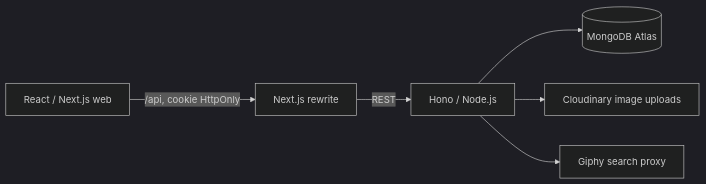
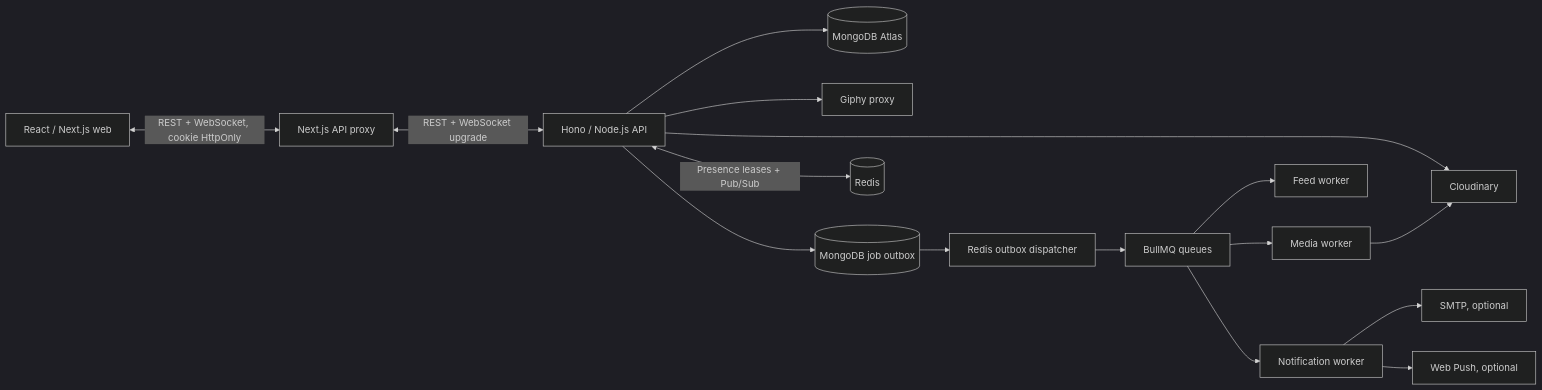
The diagram in ARCHITECTURE.md (an204-ai/tellme), drawn with Mermaid (dark theme) before and after one commit. The commit also changed other lines of this file and 609 other files, not shown here.

````diff
--- a/ARCHITECTURE.md
+++ b/ARCHITECTURE.md
@@ -5,8 +5,18 @@
 ```mermaid
 flowchart LR
-    Browser[React / Next.js web] -->|/api, cookie HttpOnly| Next[Next.js rewrite]
-    Next -->|REST| API[Hono / Node.js]
+    Browser[React / Next.js web] <-->|REST + WebSocket, cookie HttpOnly| Next[Next.js API proxy]
+    Next <-->|REST + WebSocket upgrade| API[Hono / Node.js API]
     API --> Mongo[(MongoDB Atlas)]
-    API --> Cloudinary[Cloudinary image uploads]
-    API --> Giphy[Giphy search proxy]
+    API --> Cloudinary[Cloudinary]
+    API --> Giphy[Giphy proxy]
+    API --> Outbox[(MongoDB job outbox)]
+    Outbox --> Dispatcher[Redis outbox dispatcher]
+    Dispatcher --> Queue[BullMQ queues]
+    Queue --> Media[Media worker]
+    Queue --> Feed[Feed worker]
+    Queue --> Notifications[Notification worker]
+    API <-->|Presence leases + Pub/Sub| Redis[(Redis)]
+    Media --> Cloudinary
+    Notifications --> Email[SMTP, optional]
+    Notifications --> Push[Web Push, optional]
 ```
````
